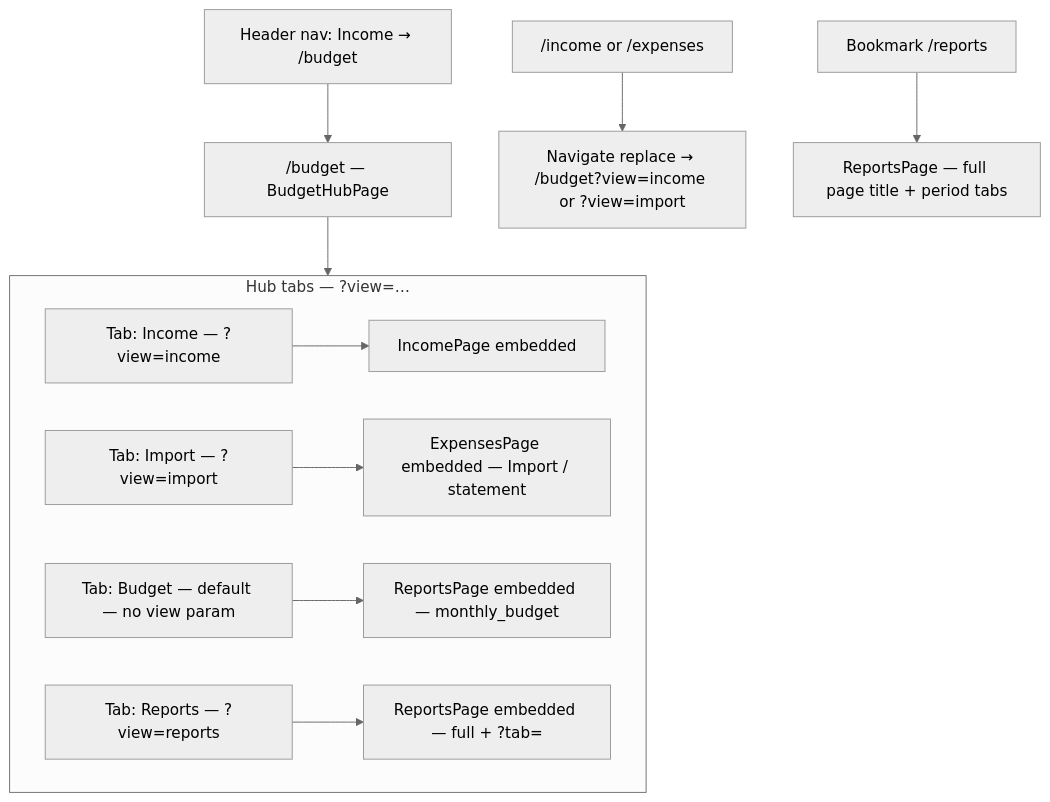
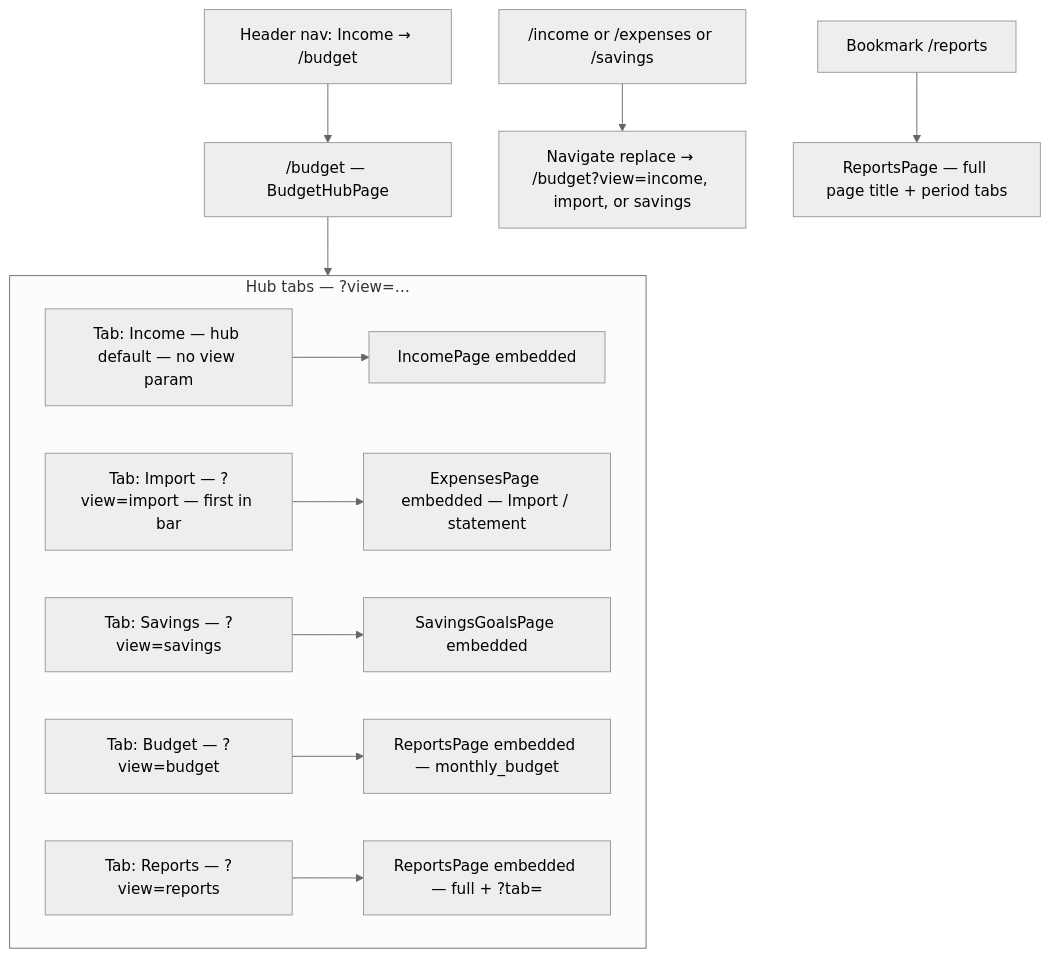
The diagram in docs/diagrams/budget-reports-hub.mmd (becomeonewiththecode/expense_tracker), drawn with Mermaid (neutral theme) before and after one commit. The commit also changed 36 other files, not shown here.

```diff
--- a/docs/diagrams/budget-reports-hub.mmd
+++ b/docs/diagrams/budget-reports-hub.mmd
@@ -1,21 +1,23 @@
 %% Budget hub navigation (Mermaid source — see docs/BUDGETING.md and ARCHITECTURE_DIAGRAM.md)
 %% Header label is "Income"; route remains /budget. View: mermaid.live or VS Code Mermaid extension
 
 flowchart TB
   Menu["Header nav: Income → /budget"] --> HubPage["/budget — BudgetHubPage"]
 
   subgraph budgetHub [Hub tabs — ?view=…]
-    TabI["Tab: Income — ?view=income"]
-    TabM["Tab: Import — ?view=import"]
-    TabB["Tab: Budget — default — no view param"]
+    TabM["Tab: Import — ?view=import — first in bar"]
+    TabI["Tab: Income — hub default — no view param"]
+    TabS["Tab: Savings — ?view=savings"]
+    TabB["Tab: Budget — ?view=budget"]
     TabR["Tab: Reports — ?view=reports"]
     TabI --> EmbI["IncomePage embedded"]
     TabM --> EmbM["ExpensesPage embedded — Import / statement"]
+    TabS --> EmbS["SavingsGoalsPage embedded"]
     TabB --> EmbB["ReportsPage embedded — monthly_budget"]
     TabR --> EmbR["ReportsPage embedded — full + ?tab="]
   end
 
   HubPage --> budgetHub
 
-  Legacy["/income or /expenses"] --> R301["Navigate replace → /budget?view=income or ?view=import"]
+  Legacy["/income or /expenses or /savings"] --> R301["Navigate replace → /budget?view=income, import, or savings"]
   Direct["Bookmark /reports"] --> Solo["ReportsPage — full page title + period tabs"]
```
